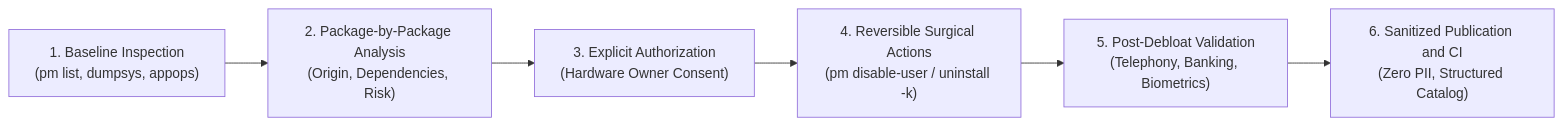
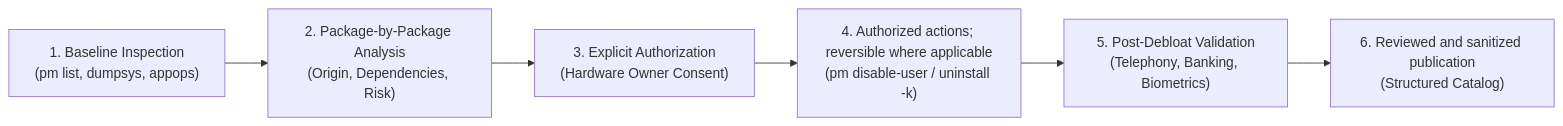
Before and after one commit to luisfvmartins/clean-my-android: the diagram in docs/APRESENTACAO_METODO_E_RESULTADOS.en.md, drawn with Mermaid. The commit also changed other lines of this file, not shown here.

````diff
--- a/docs/APRESENTACAO_METODO_E_RESULTADOS.en.md
+++ b/docs/APRESENTACAO_METODO_E_RESULTADOS.en.md
@@ -11,8 +11,8 @@
 ```mermaid
 flowchart LR
     A["1. Baseline Inspection<br>(pm list, dumpsys, appops)"] --> B["2. Package-by-Package Analysis<br>(Origin, Dependencies, Risk)"]
     B --> C["3. Explicit Authorization<br>(Hardware Owner Consent)"]
-    C --> D["4. Reversible Surgical Actions<br>(pm disable-user / uninstall -k)"]
+    C --> D["4. Authorized actions; reversible where applicable<br>(pm disable-user / uninstall -k)"]
     D --> E["5. Post-Debloat Validation<br>(Telephony, Banking, Biometrics)"]
-    E --> F["6. Sanitized Publication and CI<br>(Zero PII, Structured Catalog)"]
+    E --> F["6. Reviewed and sanitized publication<br>(Structured Catalog)"]
 ```
````
